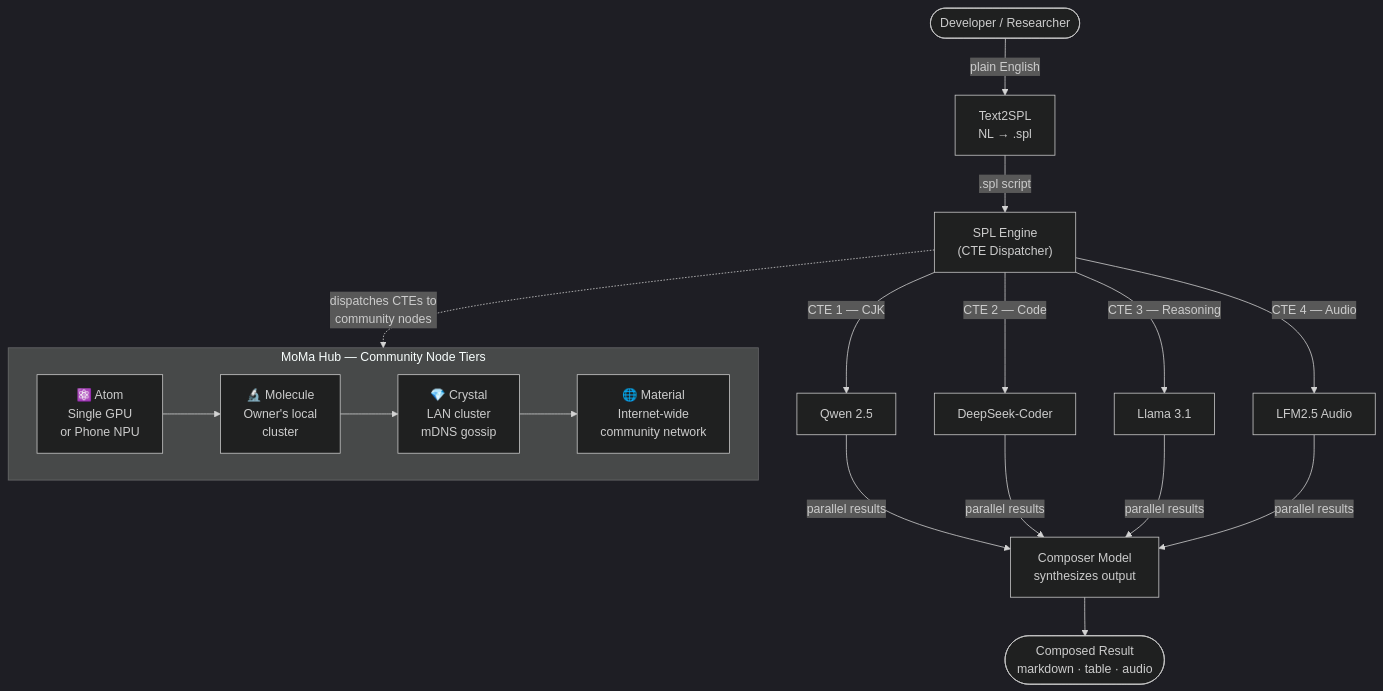
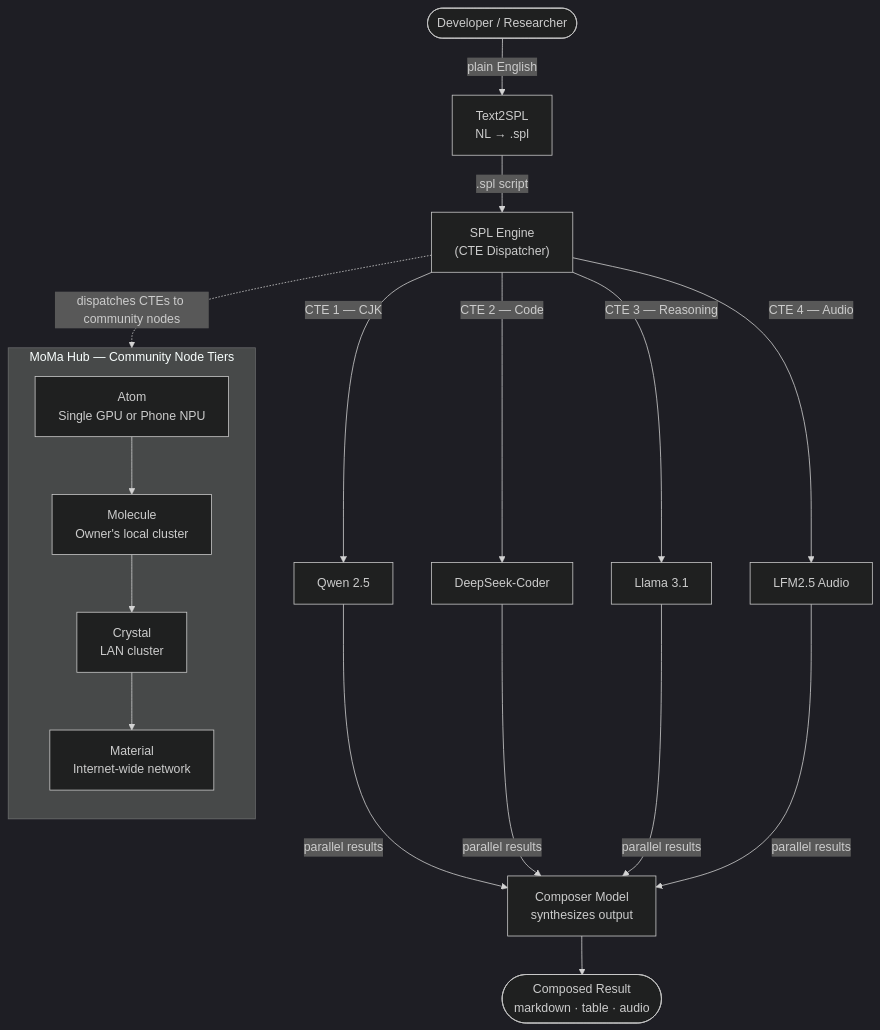
One commit to wgong/py4kids changed the second of 2 diagrams in lesson-18-ai/momahub/01-moma-medium.md. Above: the diagram before and after it, drawn with Mermaid (dark theme). The commit also changed other lines of this file, not shown here.

````diff
--- a/lesson-18-ai/momahub/01-moma-medium.md
+++ b/lesson-18-ai/momahub/01-moma-medium.md
@@ -242,25 +371,25 @@
 ```mermaid
 flowchart TB
     User(["Developer / Researcher"])
-    User -->|"plain English"| T2S["Text2SPL\nNL → .spl"]
-    T2S -->|".spl script"| Engine["SPL Engine\n(CTE Dispatcher)"]
+    User -->|"plain English"| T2S["Text2SPL<br/>NL → .spl"]
+    T2S -->|".spl script"| Engine["SPL Engine<br/>(CTE Dispatcher)"]
 
     Engine -->|"CTE 1 — CJK"| Q["Qwen 2.5"]
     Engine -->|"CTE 2 — Code"| DS["DeepSeek-Coder"]
     Engine -->|"CTE 3 — Reasoning"| L["Llama 3.1"]
     Engine -->|"CTE 4 — Audio"| A["LFM2.5 Audio"]
 
-    Q & DS & L & A -->|"parallel results"| Synth["Composer Model\nsynthesizes output"]
-    Synth --> Result(["Composed Result\nmarkdown · table · audio"])
+    Q & DS & L & A -->|"parallel results"| Synth["Composer Model<br/>synthesizes output"]
+    Synth --> Result(["Composed Result<br/>markdown · table · audio"])
 
     subgraph Tiers["MoMa Hub — Community Node Tiers"]
-        direction LR
-        AT["⚛️ Atom\nSingle GPU\nor Phone NPU"]
-        MO["🔬 Molecule\nOwner's local\ncluster"]
-        CR["💎 Crystal\nLAN cluster\nmDNS gossip"]
-        MA["🌐 Material\nInternet-wide\ncommunity network"]
+        direction TB
+        AT["Atom<br/>Single GPU or Phone NPU"]
+        MO["Molecule<br/>Owner's local cluster"]
+        CR["Crystal<br/>LAN cluster"]
+        MA["Material<br/>Internet-wide network"]
         AT --> MO --> CR --> MA
     end
 
-    Engine -.->|"dispatches CTEs to\ncommunity nodes"| Tiers
+    Engine -.->|"dispatches CTEs to community nodes"| Tiers
 ```
````
